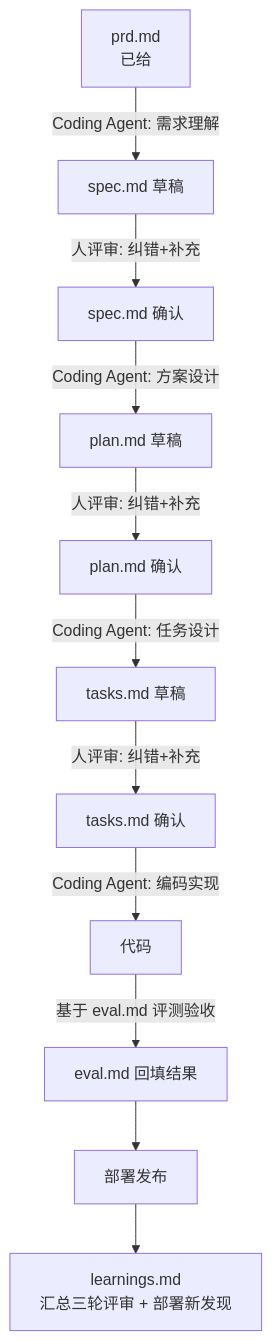
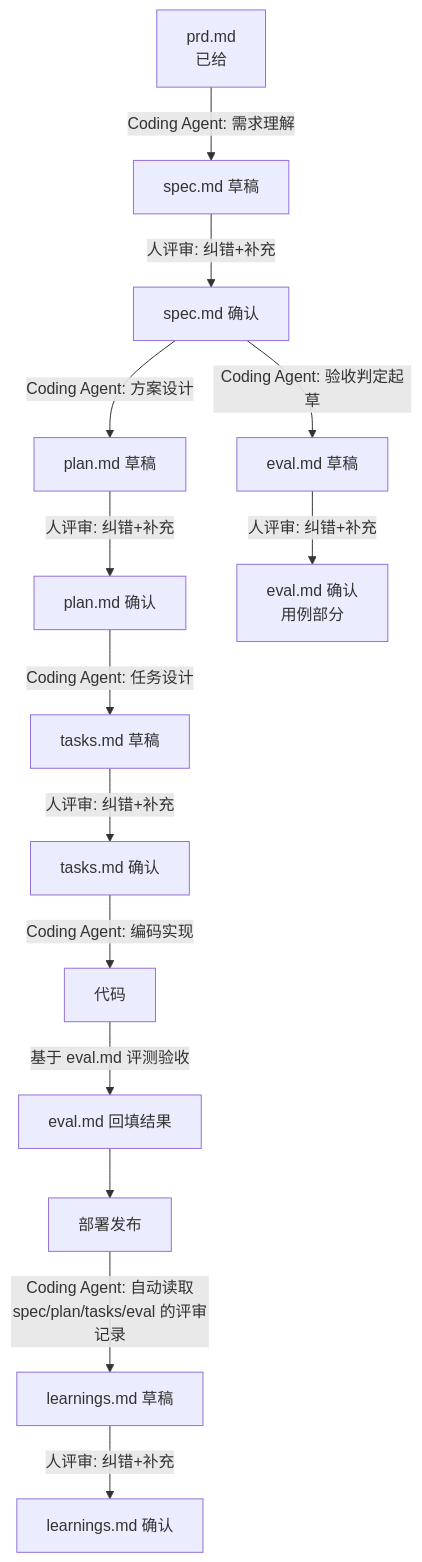
Before and after one commit to xjtai/zszc_ai_coding: the diagram in README.md, drawn with Mermaid. The commit also changed other lines of this file and 6 other files, not shown here.

First line of the commit message:
Fix workshop length; make eval.md spec-derived; auto-generate learnings.md

````diff
--- a/README.md
+++ b/README.md
@@ -9,13 +9,16 @@
 ```mermaid
 flowchart TD
     P[prd.md<br/>已给] -->|Coding Agent: 需求理解| S1[spec.md 草稿]
     S1 -->|人评审: 纠错+补充| S2[spec.md 确认]
     S2 -->|Coding Agent: 方案设计| PL1[plan.md 草稿]
+    S2 -->|Coding Agent: 验收判定起草| EV1[eval.md 草稿]
     PL1 -->|人评审: 纠错+补充| PL2[plan.md 确认]
+    EV1 -->|人评审: 纠错+补充| EV2[eval.md 确认<br/>用例部分]
     PL2 -->|Coding Agent: 任务设计| T1[tasks.md 草稿]
     T1 -->|人评审: 纠错+补充| T2[tasks.md 确认]
     T2 -->|Coding Agent: 编码实现| CODE[代码]
     CODE -->|基于 eval.md 评测验收| EVAL[eval.md 回填结果]
     EVAL --> DEPLOY[部署发布]
-    DEPLOY --> LEARN[learnings.md<br/>汇总三轮评审 + 部署新发现]
+    DEPLOY -->|Coding Agent: 自动读取<br/>spec/plan/tasks/eval 的评审记录| L1[learnings.md 草稿]
+    L1 -->|人评审: 纠错+补充| L2[learnings.md 确认]
 ```
````
